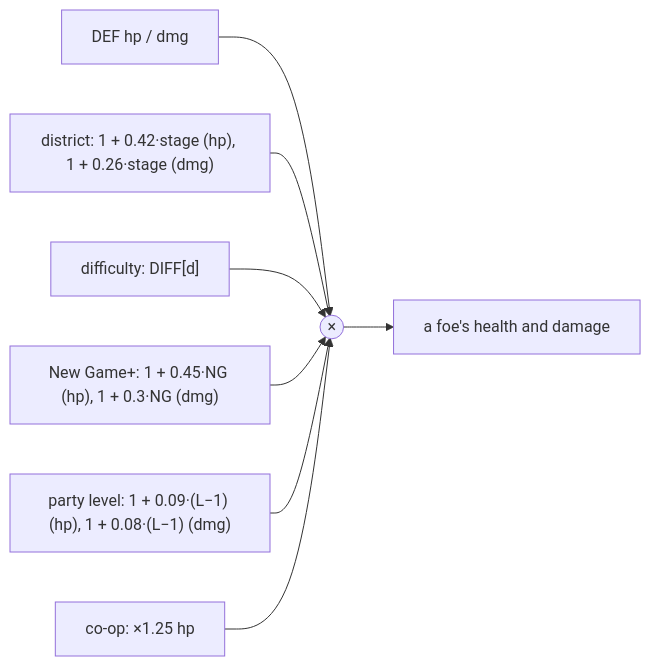
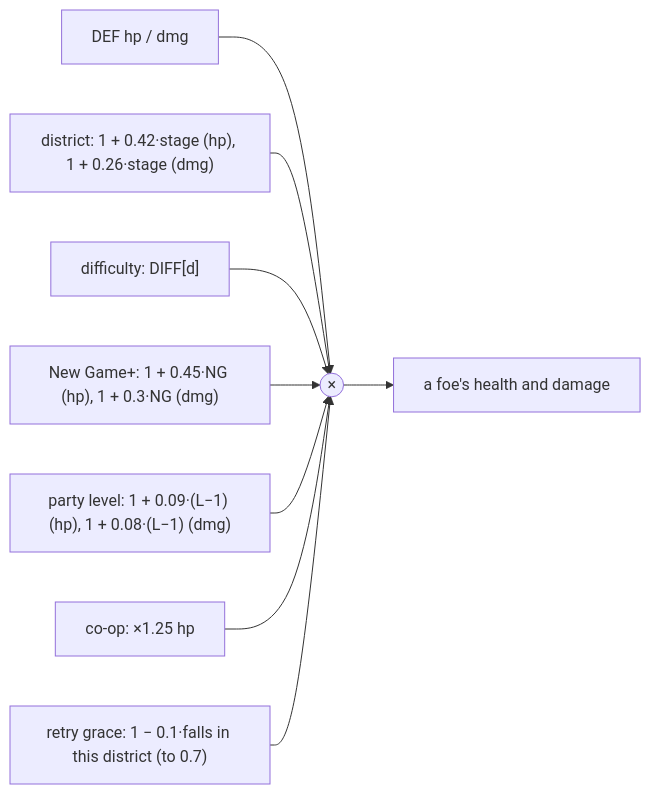
One commit to CptNope/Cyber-City-Tactics changed the diagram in docs/wiki/Balancing.md. Above: the diagram before and after it, drawn with Mermaid. The commit also changed other lines of this file and 9 other files, not shown here.

````diff
--- a/docs/wiki/Balancing.md
+++ b/docs/wiki/Balancing.md
@@ -7,10 +7,11 @@
 ```mermaid
 flowchart LR
   BASE["DEF hp / dmg"] --> X(("×"))
   ST["district: 1 + 0.42·stage (hp), 1 + 0.26·stage (dmg)"] --> X
   DF["difficulty: DIFF[d]"] --> X
   NG["New Game+: 1 + 0.45·NG (hp), 1 + 0.3·NG (dmg)"] --> X
   LV["party level: 1 + 0.09·(L−1) (hp), 1 + 0.08·(L−1) (dmg)"] --> X
   CO["co-op: ×1.25 hp"] --> X
+  GR["retry grace: 1 − 0.1·falls in this district (to 0.7)"] --> X
   X --> FOE[a foe's health and damage]
 ```
````
